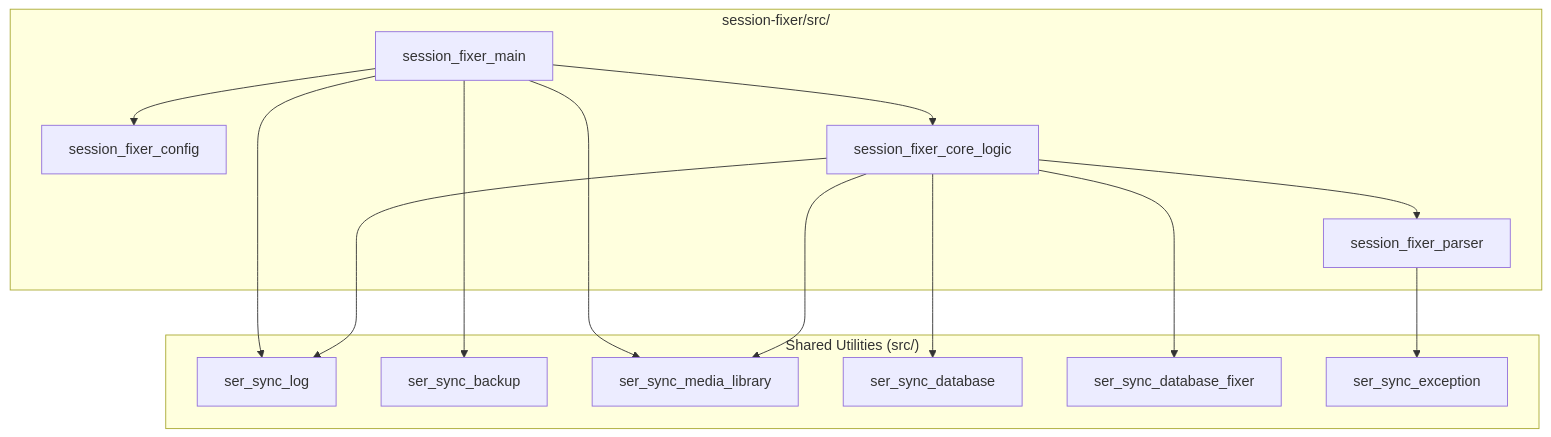
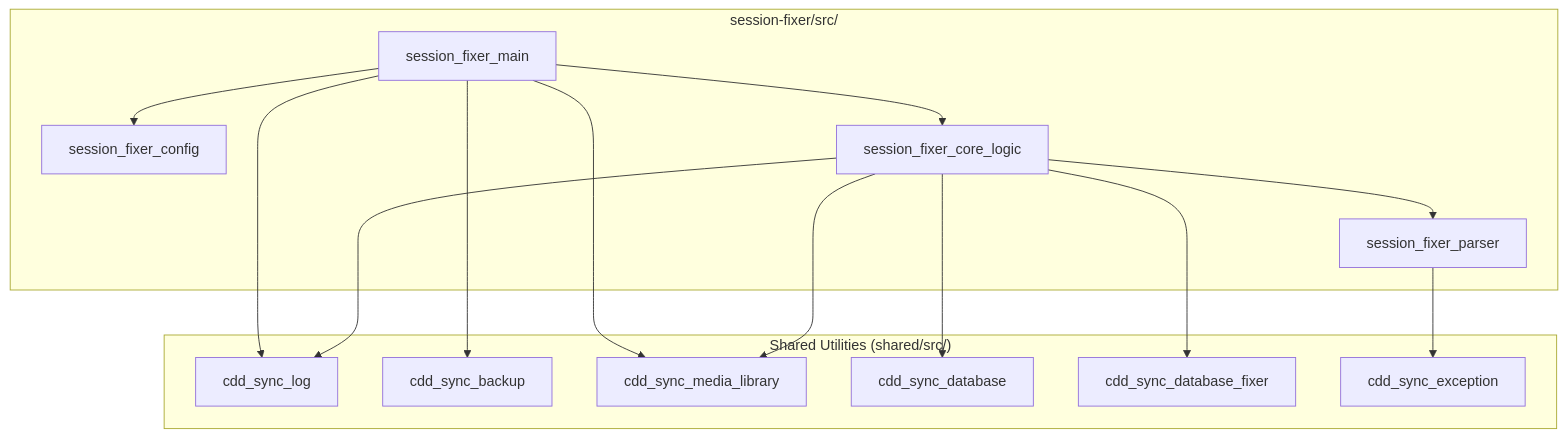
The diagram in session-fixer/CODEBASE_GUIDE.md (cyber-demon-dev/ser-sync-pro), drawn with Mermaid before and after one commit. The commit also changed other lines of this file and 6 other files, not shown here.

Commit message:
feat: Introduce `s3-smart-sync` Python component and refactor Java module naming from `ser_sync` to `cdd_sync` across codebase documentation.

````diff
--- a/session-fixer/CODEBASE_GUIDE.md
+++ b/session-fixer/CODEBASE_GUIDE.md
@@ -22,19 +22,19 @@
 ```mermaid
 graph TD
     subgraph "session-fixer/src/"
         M[session_fixer_main] --> C[session_fixer_config]
         M --> L[session_fixer_core_logic]
         L --> P[session_fixer_parser]
     end
     
-    subgraph "Shared Utilities (src/)"
-        M --> LOG[ser_sync_log]
-        M --> BACKUP[ser_sync_backup]
-        M --> MEDIA[ser_sync_media_library]
+    subgraph "Shared Utilities (shared/src/)"
+        M --> LOG[cdd_sync_log]
+        M --> BACKUP[cdd_sync_backup]
+        M --> MEDIA[cdd_sync_media_library]
         L --> LOG
         L --> MEDIA
-        L --> DB[ser_sync_database]
-        L --> DBF[ser_sync_database_fixer]
-        P --> EXC[ser_sync_exception]
+        L --> DB[cdd_sync_database]
+        L --> DBF[cdd_sync_database_fixer]
+        P --> EXC[cdd_sync_exception]
     end
 ```
````
